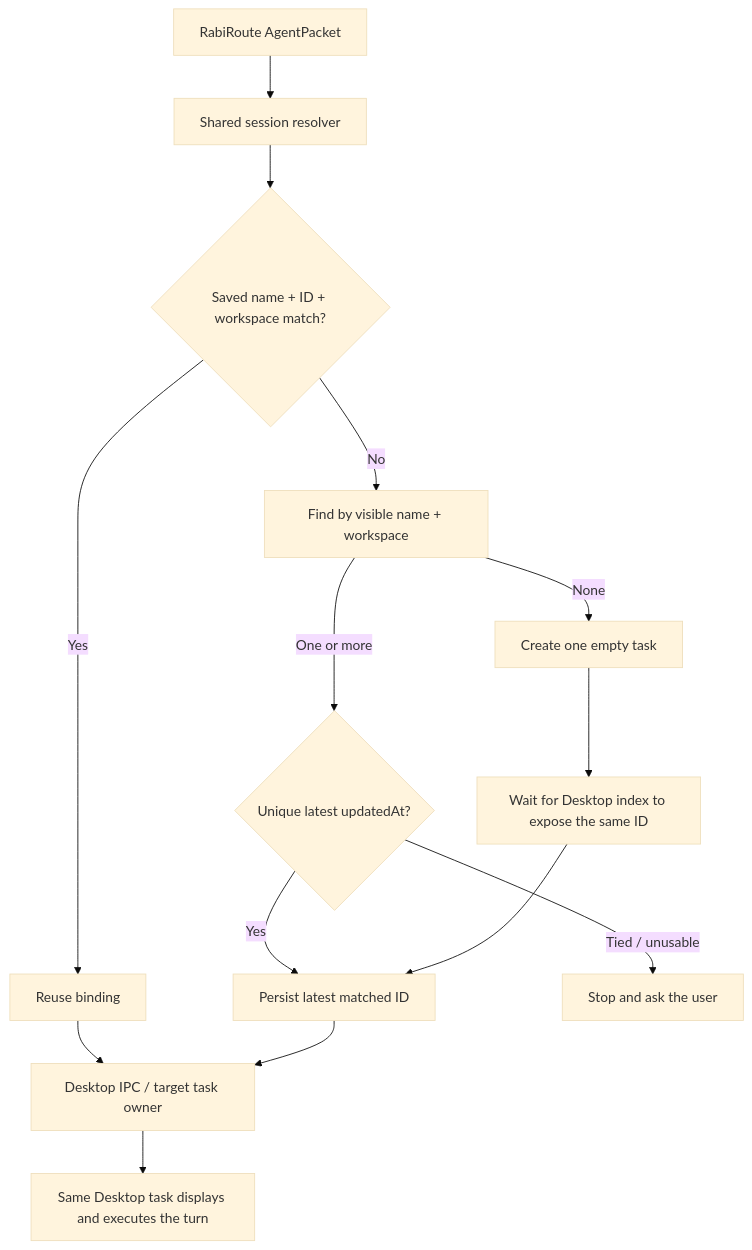
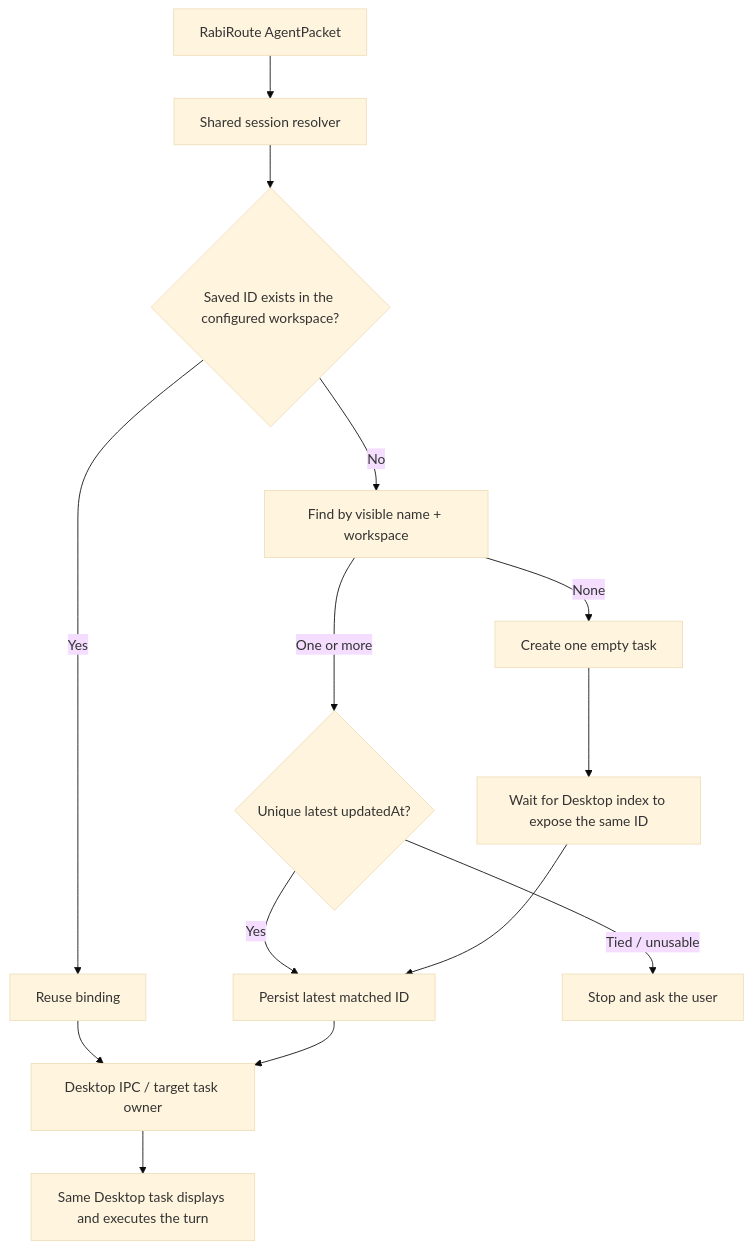
One commit to vb2250158/RabiRoute changed the diagram in docs/codex-desktop-agent-acceptance_en.md. Above: the diagram before and after it, drawn with Mermaid (base theme). The commit also changed other lines of this file and 21 other files, not shown here.

````diff
--- a/docs/codex-desktop-agent-acceptance_en.md
+++ b/docs/codex-desktop-agent-acceptance_en.md
@@ -41,16 +41,16 @@
 ```mermaid
 flowchart TD
     P["RabiRoute AgentPacket"] --> R["Shared session resolver"]
-    R --> I{"Saved name + ID + workspace match?"}
+    R --> I{"Saved ID exists in the configured workspace?"}
     I -->|"Yes"| B["Reuse binding"]
     I -->|"No"| N["Find by visible name + workspace"]
     N -->|"One or more"| L{"Unique latest updatedAt?"}
     L -->|"Yes"| S["Persist latest matched ID"]
     L -->|"Tied / unusable"| A["Stop and ask the user"]
     N -->|"None"| C["Create one empty task"]
     C --> W["Wait for Desktop index to expose the same ID"]
     W --> S
     B --> D["Desktop IPC / target task owner"]
     S --> D
     D --> V["Same Desktop task displays and executes the turn"]
 ```
````
